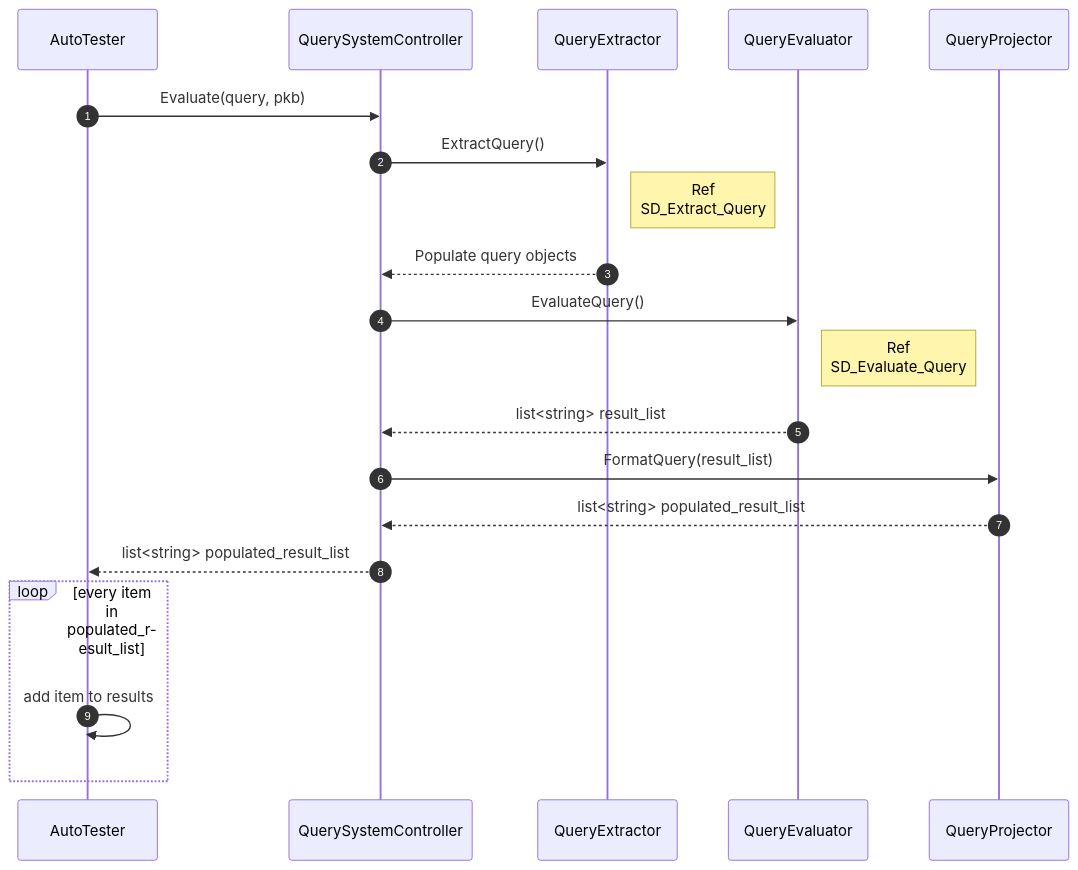
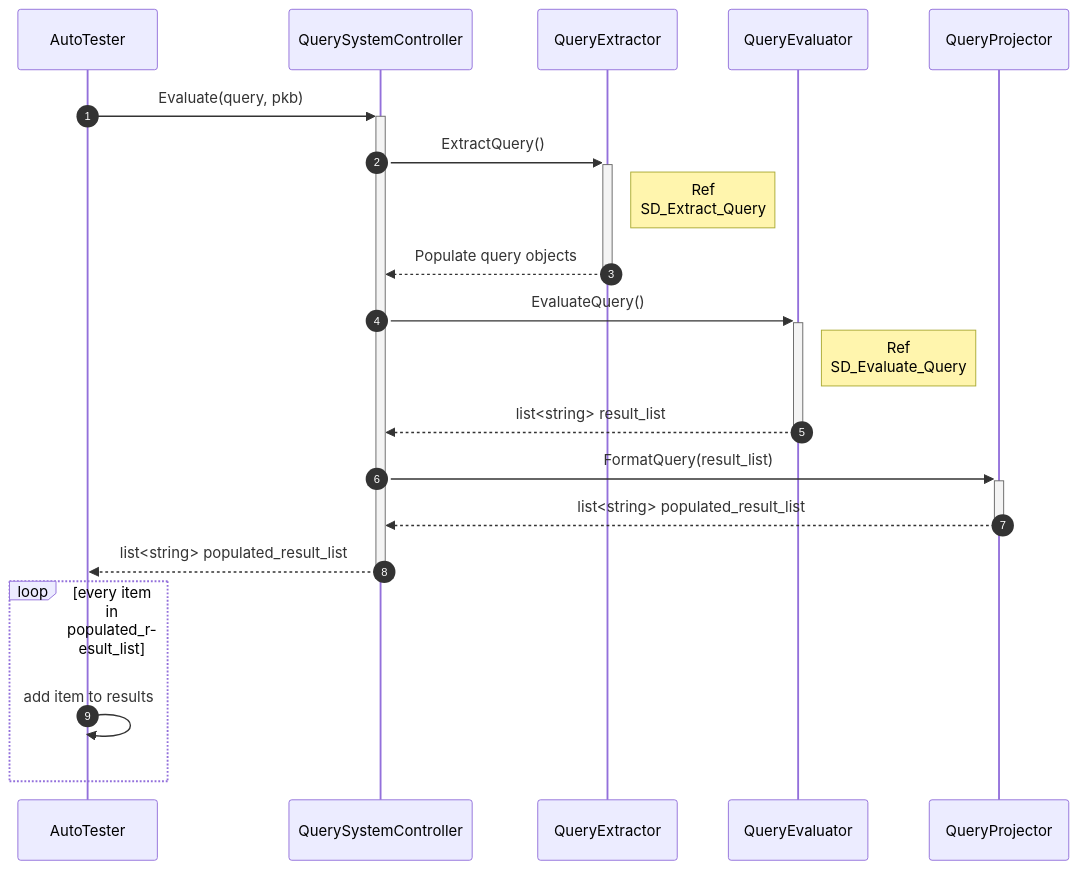
One commit to rtshkmr/CS3203-StaticProgramAnalyzer changed the diagram in docs/sd/queries_overview.mmd. Above: the diagram before and after it, drawn with Mermaid. The commit also changed 1 other file, not shown here.

```diff
--- a/docs/sd/queries_overview.mmd
+++ b/docs/sd/queries_overview.mmd
@@ -1,22 +1,22 @@
 sequenceDiagram
     autonumber
     participant AutoTester
     participant QuerySystemController
     participant QueryExtractor
     participant QueryEvaluator
     participant QueryProjector
 
     %% This sd is for per query (PQL statement) basis.
-    AutoTester ->> QuerySystemController: Evaluate(query, pkb)
-    QuerySystemController ->> QueryExtractor: ExtractQuery()
+    AutoTester ->>+ QuerySystemController: Evaluate(query, pkb)
+    QuerySystemController ->>+ QueryExtractor: ExtractQuery()
     Note right of QueryExtractor: Ref <br/> SD_Extract_Query
-    QueryExtractor-->>QuerySystemController: Populate query objects
-    QuerySystemController->>QueryEvaluator: EvaluateQuery()
+    QueryExtractor-->>-QuerySystemController: Populate query objects
+    QuerySystemController->>+QueryEvaluator: EvaluateQuery()
     Note right of QueryEvaluator: Ref <br/> SD_Evaluate_Query
-    QueryEvaluator-->>QuerySystemController: list<string> result_list
-    QuerySystemController->>QueryProjector: FormatQuery(result_list)
-    QueryProjector-->>QuerySystemController: list<string> populated_result_list
-    QuerySystemController-->>AutoTester: list<string> populated_result_list
+    QueryEvaluator-->>-QuerySystemController: list<string> result_list
+    QuerySystemController->>+QueryProjector: FormatQuery(result_list)
+    QueryProjector-->>-QuerySystemController: list<string> populated_result_list
+    QuerySystemController-->>-AutoTester: list<string> populated_result_list
     loop every item in populated_result_list
         AutoTester->>AutoTester: add item to results
     end
```
